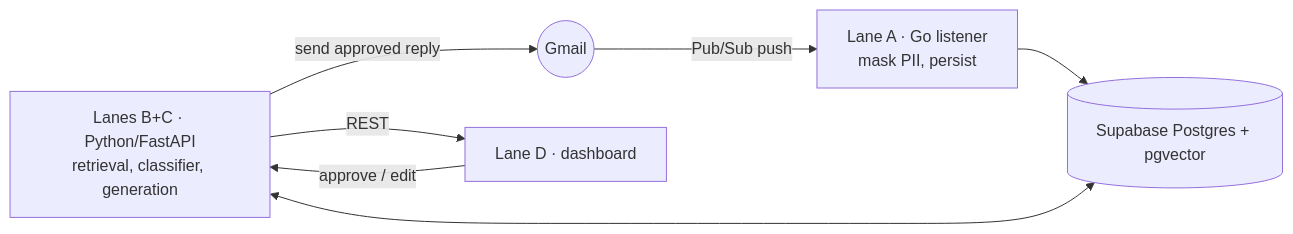
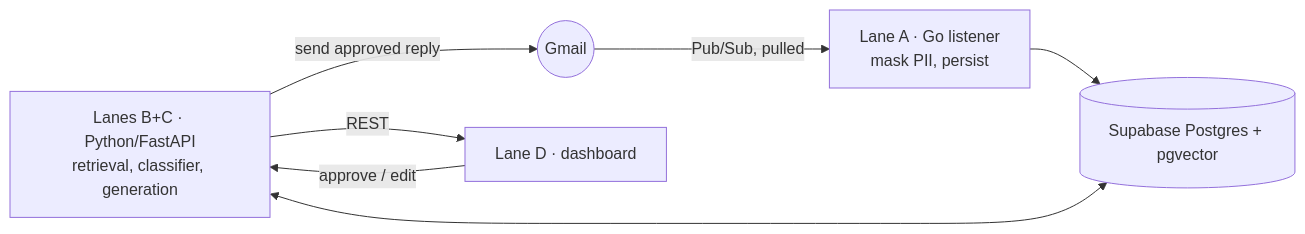
Before and after one commit to MDS25-2026/AIMail: the diagram in README.md, drawn with Mermaid. The commit also changed 91 other files, not shown here.

````diff
--- a/README.md
+++ b/README.md
@@ -11,9 +11,9 @@
 ```mermaid
 flowchart LR
-    Gmail((Gmail)) -->|Pub/Sub push| listener[Lane A · Go listener<br/>mask PII, persist]
+    Gmail((Gmail)) -->|Pub/Sub, pulled| listener[Lane A · Go listener<br/>mask PII, persist]
     listener --> db[(Supabase Postgres + pgvector)]
     backend[Lanes B+C · Python/FastAPI<br/>retrieval, classifier, generation] <--> db
     backend -->|REST| frontend[Lane D · dashboard]
     frontend -->|approve / edit| backend
     backend -->|send approved reply| Gmail
 ```
````
